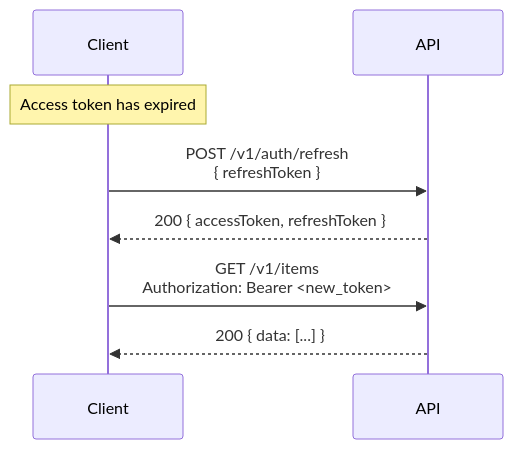
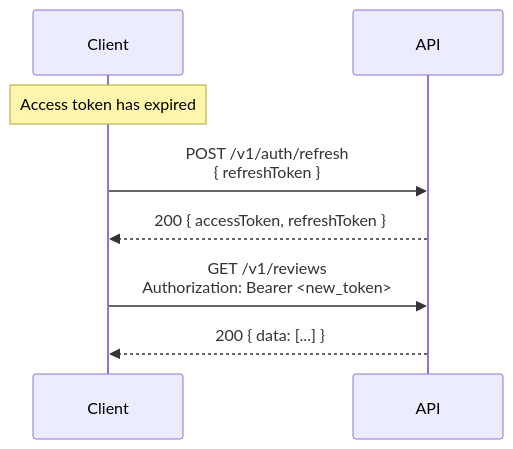
Before and after one commit to dataGriff/whiskey-reviews-api: the fourth of 4 diagrams in docs/specifications/sequence-diagrams.md, drawn with Mermaid. The commit also changed other lines of this file and 16 other files, not shown here.

First line of the commit message:
feat: create whiskey reviews API from template

````diff
--- a/docs/specifications/sequence-diagrams.md
+++ b/docs/specifications/sequence-diagrams.md
@@ -70,13 +67,13 @@
 ```mermaid
 sequenceDiagram
     participant Client
     participant API
 
     Note over Client: Access token has expired
 
     Client->>API: POST /v1/auth/refresh<br/>{ refreshToken }
     API-->>Client: 200 { accessToken, refreshToken }
 
-    Client->>API: GET /v1/items<br/>Authorization: Bearer <new_token>
+    Client->>API: GET /v1/reviews<br/>Authorization: Bearer <new_token>
     API-->>Client: 200 { data: [...] }
 ```
````
